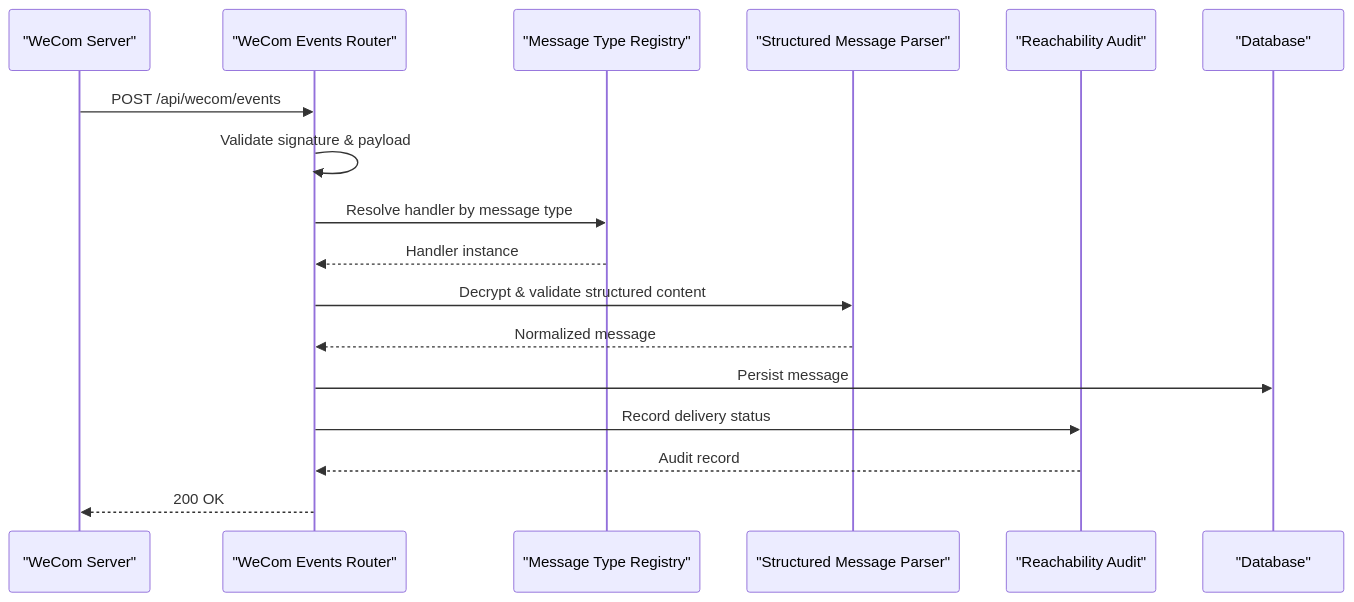
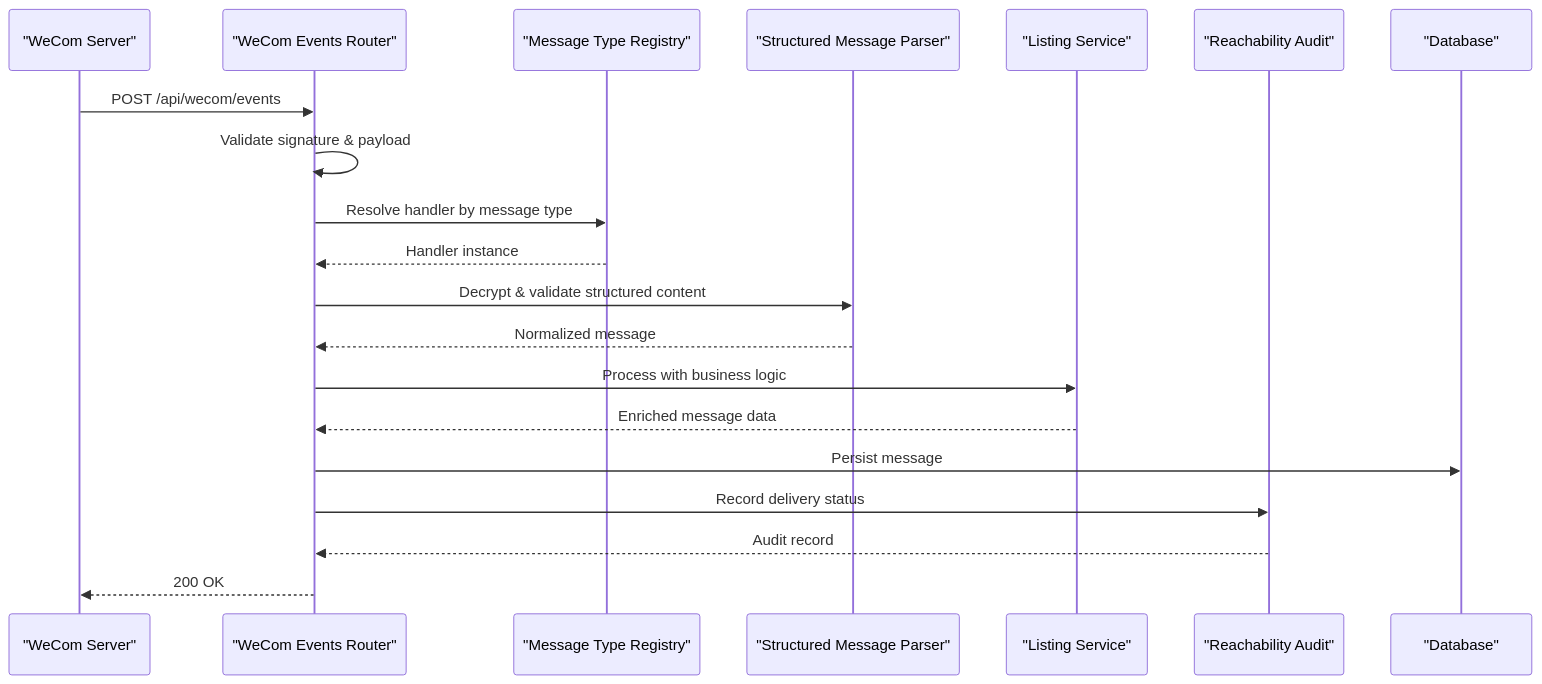
The second of 4 diagrams in .qoder/repowiki/en/content/Architecture/Message Processing Pipeline/Message Processing Pipeline.md (zuohaisu/wecom-archive), drawn with Mermaid before and after one commit. The commit also changed other lines of this file and 148 other files, not shown here.

````diff
--- a/.qoder/repowiki/en/content/Architecture/Message Processing Pipeline/Message Processing Pipeline.md
+++ b/.qoder/repowiki/en/content/Architecture/Message Processing Pipeline/Message Processing Pipeline.md
@@ -98,19 +131,22 @@
 ```mermaid
 sequenceDiagram
 participant Client as "WeCom Server"
 participant Router as "WeCom Events Router"
 participant Registry as "Message Type Registry"
 participant Parser as "Structured Message Parser"
+participant Listing as "Listing Service"
 participant Audit as "Reachability Audit"
 participant DB as "Database"
 Client->>Router : POST /api/wecom/events
 Router->>Router : Validate signature & payload
 Router->>Registry : Resolve handler by message type
 Registry-->>Router : Handler instance
 Router->>Parser : Decrypt & validate structured content
 Parser-->>Router : Normalized message
+Router->>Listing : Process with business logic
+Listing-->>Router : Enriched message data
 Router->>DB : Persist message
 Router->>Audit : Record delivery status
 Audit-->>Router : Audit record
 Router-->>Client : 200 OK
 ```
````
